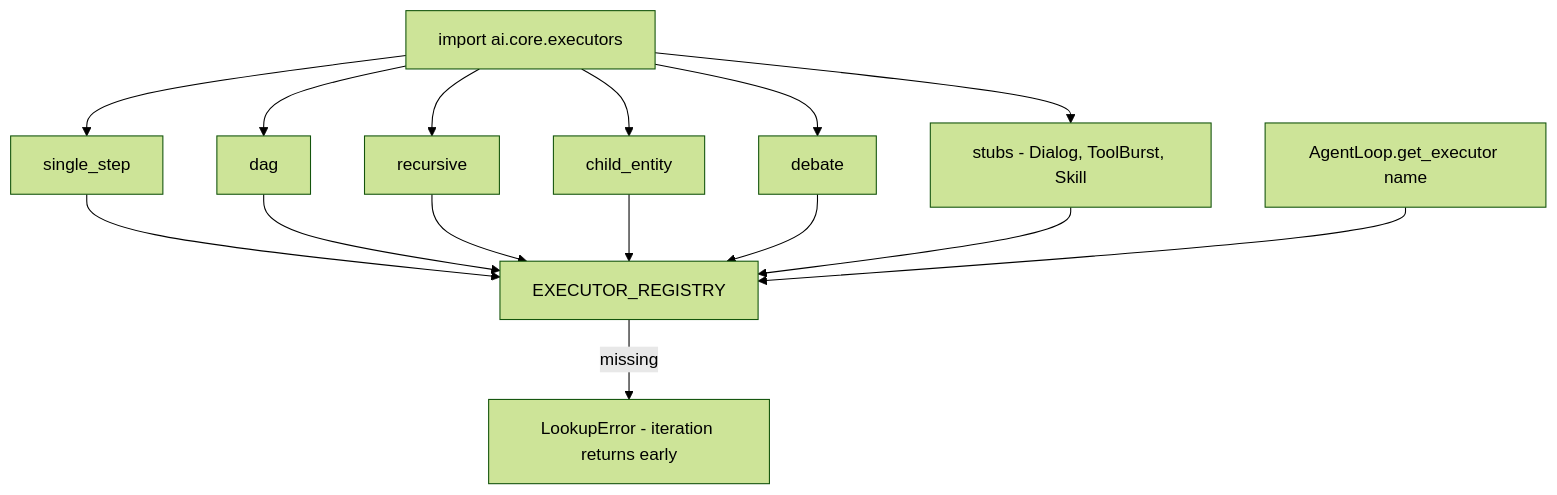
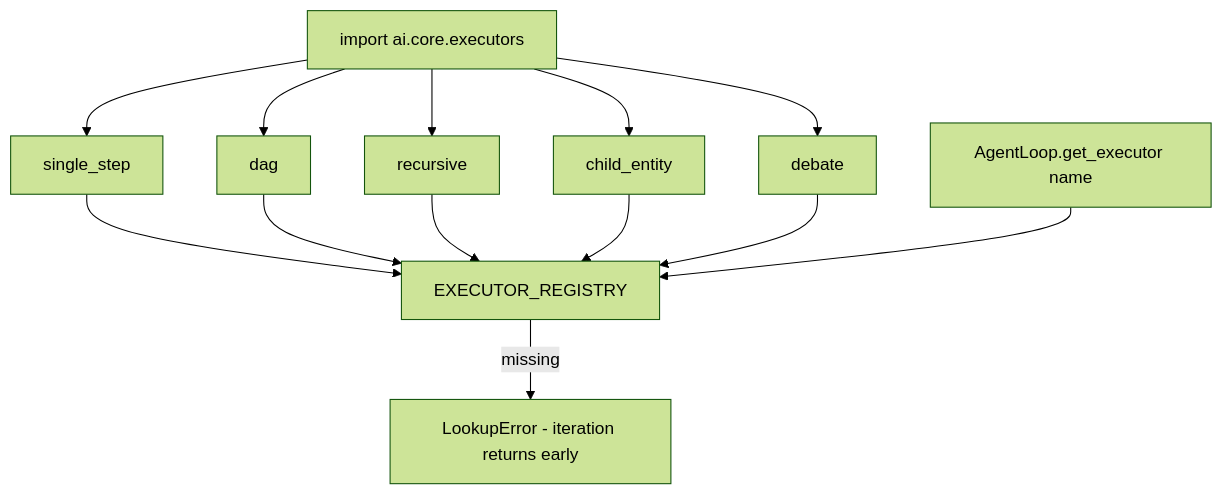
Before and after one commit to gondolerahul/hire-buddha-app: diagram 14 of 25 in docs/current/05-agent-kernel.md, drawn with Mermaid (forest theme). The commit also changed other lines of this file and 22 other files, not shown here.

````diff
--- a/docs/current/05-agent-kernel.md
+++ b/docs/current/05-agent-kernel.md
@@ -1053,11 +1053,10 @@
 ```mermaid
 flowchart TD
     IMP["import ai.core.executors"] --> SS["single_step"] --> REG["EXECUTOR_REGISTRY"]
     IMP --> DG["dag"] --> REG
     IMP --> RC["recursive"] --> REG
     IMP --> CE["child_entity"] --> REG
     IMP --> DB2["debate"] --> REG
-    IMP --> ST["stubs - Dialog, ToolBurst, Skill"] --> REG
     LOOP["AgentLoop.get_executor name"] --> REG
     REG -- missing --> ERR["LookupError - iteration returns early"]
 ```
````
